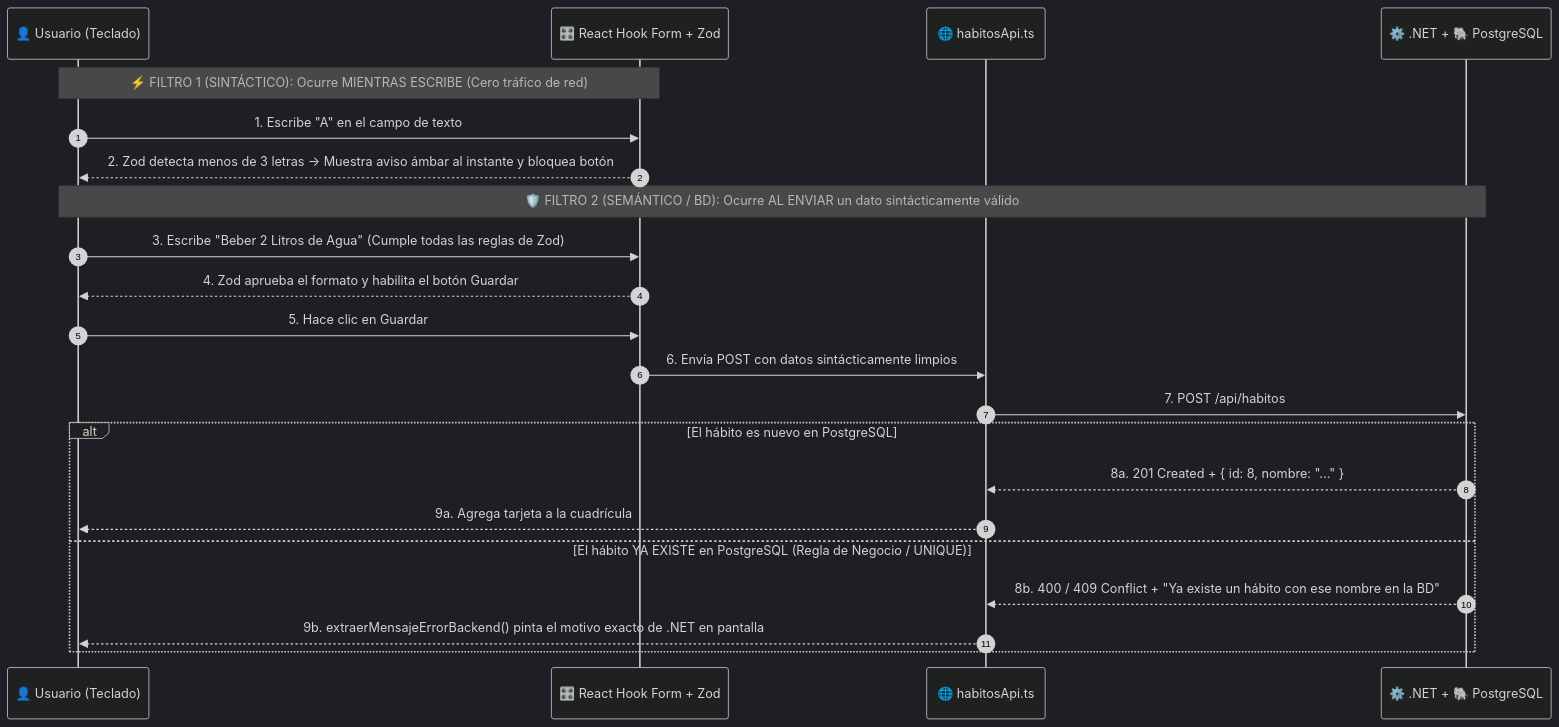
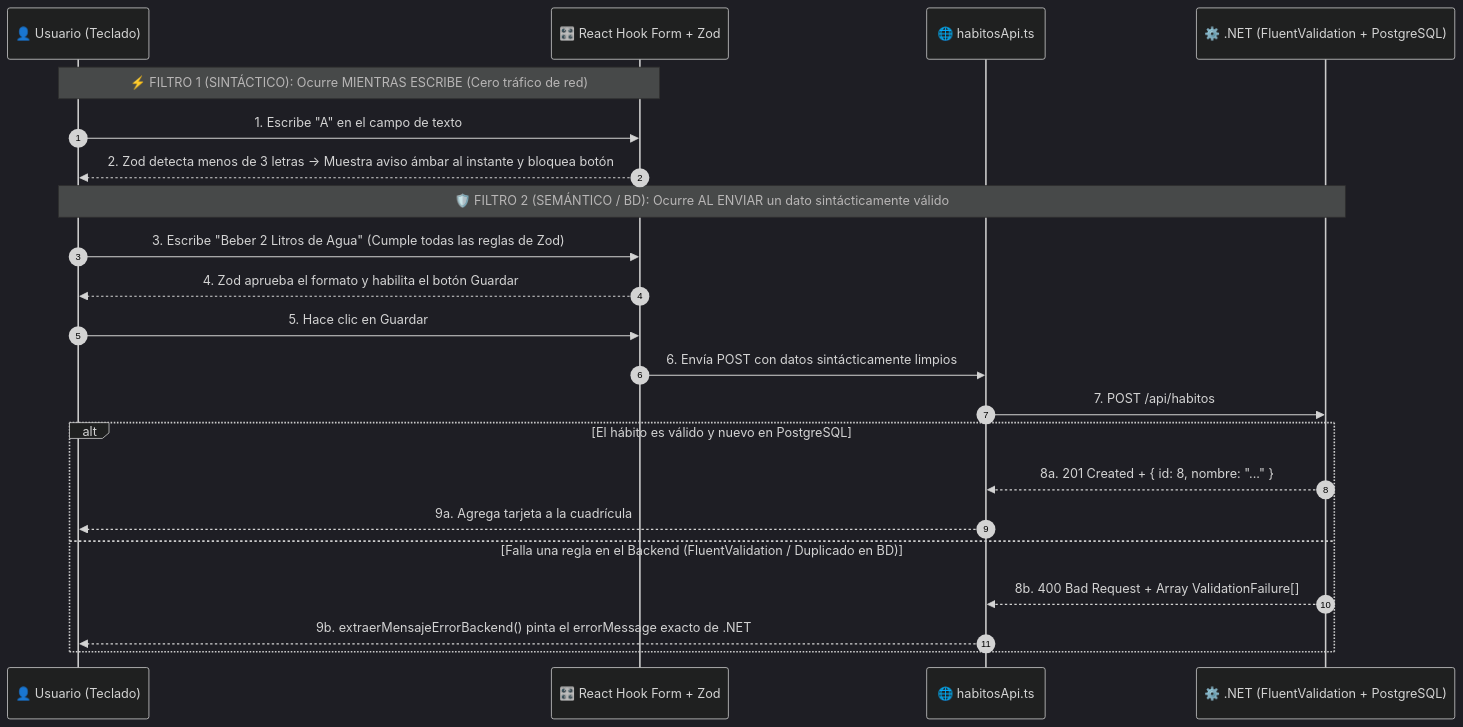
One commit to ConsSorto/ConsSorto.github.io changed the third of 3 diagrams in is-912/fase-2/16.md. Above: the diagram before and after it, drawn with Mermaid. The commit also changed other lines of this file and 1 other file, not shown here.

Commit message:
docs: update class 16 to properly mention FluentValidation

````diff
--- a/is-912/fase-2/16.md
+++ b/is-912/fase-2/16.md
@@ -404,27 +434,27 @@
 ```mermaid
 %%{init: {'theme': 'dark', 'themeVariables': { 'lineColor': '#BB86FC', 'primaryColor': '#3700B3', 'nodeBorder': '#03DAC6' }}}%%
 sequenceDiagram
     autonumber
     participant User as 👤 Usuario (Teclado)
     participant RHF as 🎛️ React Hook Form + Zod
     participant API as 🌐 habitosApi.ts
-    participant Net as ⚙️ .NET + 🐘 PostgreSQL
+    participant Net as ⚙️ .NET (FluentValidation + PostgreSQL)
 
     Note over User,RHF: ⚡ FILTRO 1 (SINTÁCTICO): Ocurre MIENTRAS ESCRIBE (Cero tráfico de red)
     User->>RHF: 1. Escribe "A" en el campo de texto
     RHF-->>User: 2. Zod detecta menos de 3 letras -> Muestra aviso ámbar al instante y bloquea botón
 
     Note over User,Net: 🛡️ FILTRO 2 (SEMÁNTICO / BD): Ocurre AL ENVIAR un dato sintácticamente válido
     User->>RHF: 3. Escribe "Beber 2 Litros de Agua" (Cumple todas las reglas de Zod)
     RHF-->>User: 4. Zod aprueba el formato y habilita el botón Guardar
     User->>RHF: 5. Hace clic en Guardar
     RHF->>API: 6. Envía POST con datos sintácticamente limpios
     API->>Net: 7. POST /api/habitos
-    alt El hábito es nuevo en PostgreSQL
+    alt El hábito es válido y nuevo en PostgreSQL
         Net-->>API: 8a. 201 Created + { id: 8, nombre: "..." }
         API-->>User: 9a. Agrega tarjeta a la cuadrícula
-    else El hábito YA EXISTE en PostgreSQL (Regla de Negocio / UNIQUE)
-        Net-->>API: 8b. 400 / 409 Conflict + "Ya existe un hábito con ese nombre en la BD"
-        API-->>User: 9b. extraerMensajeErrorBackend() pinta el motivo exacto de .NET en pantalla
+    else Falla una regla en el Backend (FluentValidation / Duplicado en BD)
+        Net-->>API: 8b. 400 Bad Request + Array ValidationFailure[]
+        API-->>User: 9b. extraerMensajeErrorBackend() pinta el errorMessage exacto de .NET
     end
 ```
````
